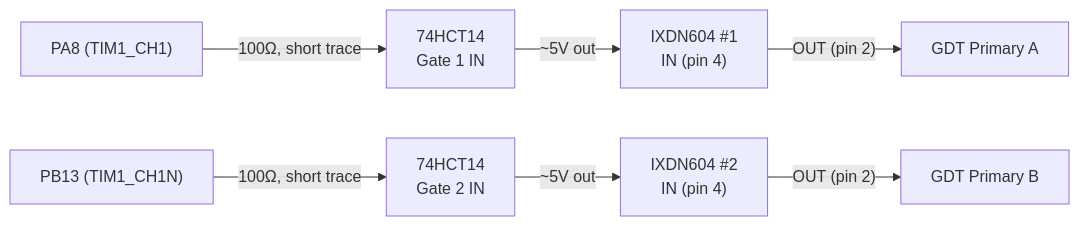
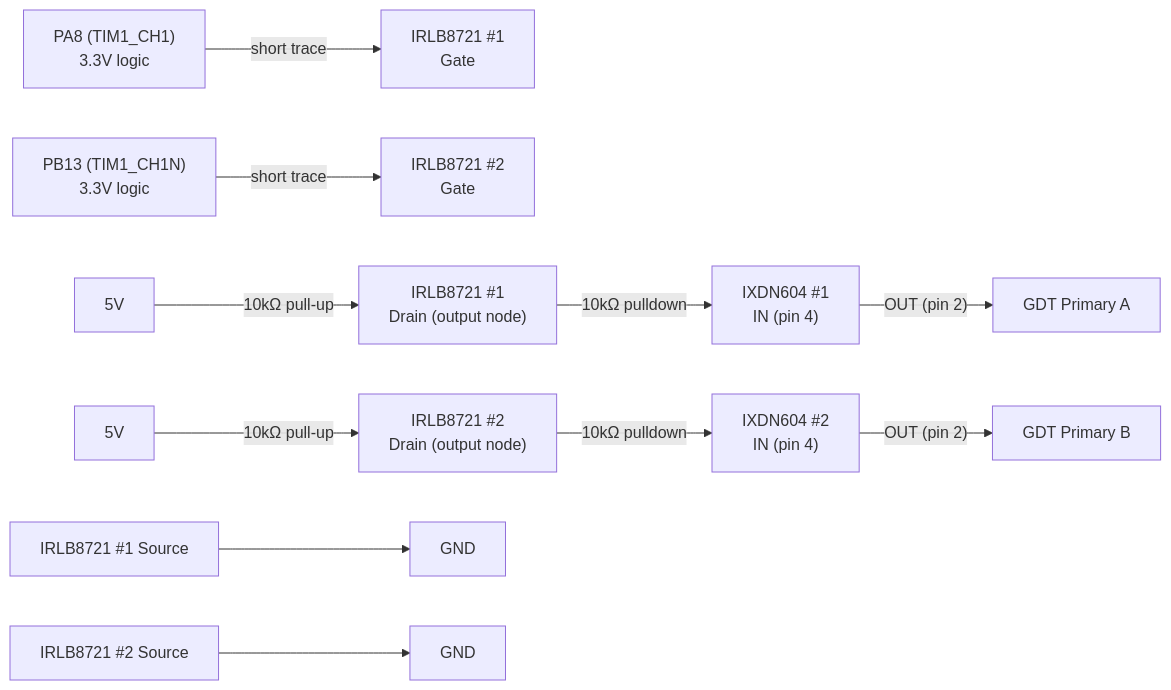
One commit to metanurb21/Nucleo-induction-heater changed the first of 4 diagrams in docs/BOARD_V2_DIRECT.md. Above: the diagram before and after it, drawn with Mermaid. The commit also changed other lines of this file and 1 other file, not shown here.

First line of the commit message:
Board v2: use IRLB8721 MOSFET level-shift instead of 74HCT14

````diff
--- a/docs/BOARD_V2_DIRECT.md
+++ b/docs/BOARD_V2_DIRECT.md
@@ -22,9 +28,17 @@
 ```mermaid
 graph LR
-    PA8["PA8 (TIM1_CH1)"] -->|"100Ω, short trace"| HCT1["74HCT14<br/>Gate 1 IN"]
-    PB13["PB13 (TIM1_CH1N)"] -->|"100Ω, short trace"| HCT2["74HCT14<br/>Gate 2 IN"]
-    HCT1 -->|"~5V out"| IXDN1["IXDN604 #1<br/>IN (pin 4)"]
-    HCT2 -->|"~5V out"| IXDN2["IXDN604 #2<br/>IN (pin 4)"]
+    PA8["PA8 (TIM1_CH1)<br/>3.3V logic"] -->|"short trace"| Q1G["IRLB8721 #1<br/>Gate"]
+    PB13["PB13 (TIM1_CH1N)<br/>3.3V logic"] -->|"short trace"| Q2G["IRLB8721 #2<br/>Gate"]
+
+    V5A["5V"] -->|"10kΩ pull-up"| Q1D["IRLB8721 #1<br/>Drain (output node)"]
+    V5B["5V"] -->|"10kΩ pull-up"| Q2D["IRLB8721 #2<br/>Drain (output node)"]
+
+    Q1D -->|"10kΩ pulldown"| IXDN1["IXDN604 #1<br/>IN (pin 4)"]
+    Q2D -->|"10kΩ pulldown"| IXDN2["IXDN604 #2<br/>IN (pin 4)"]
+
+    Q1S["IRLB8721 #1 Source"] --> GND1["GND"]
+    Q2S["IRLB8721 #2 Source"] --> GND2["GND"]
+
     IXDN1 -->|"OUT (pin 2)"| GDT1["GDT Primary A"]
     IXDN2 -->|"OUT (pin 2)"| GDT2["GDT Primary B"]
 ```
````
